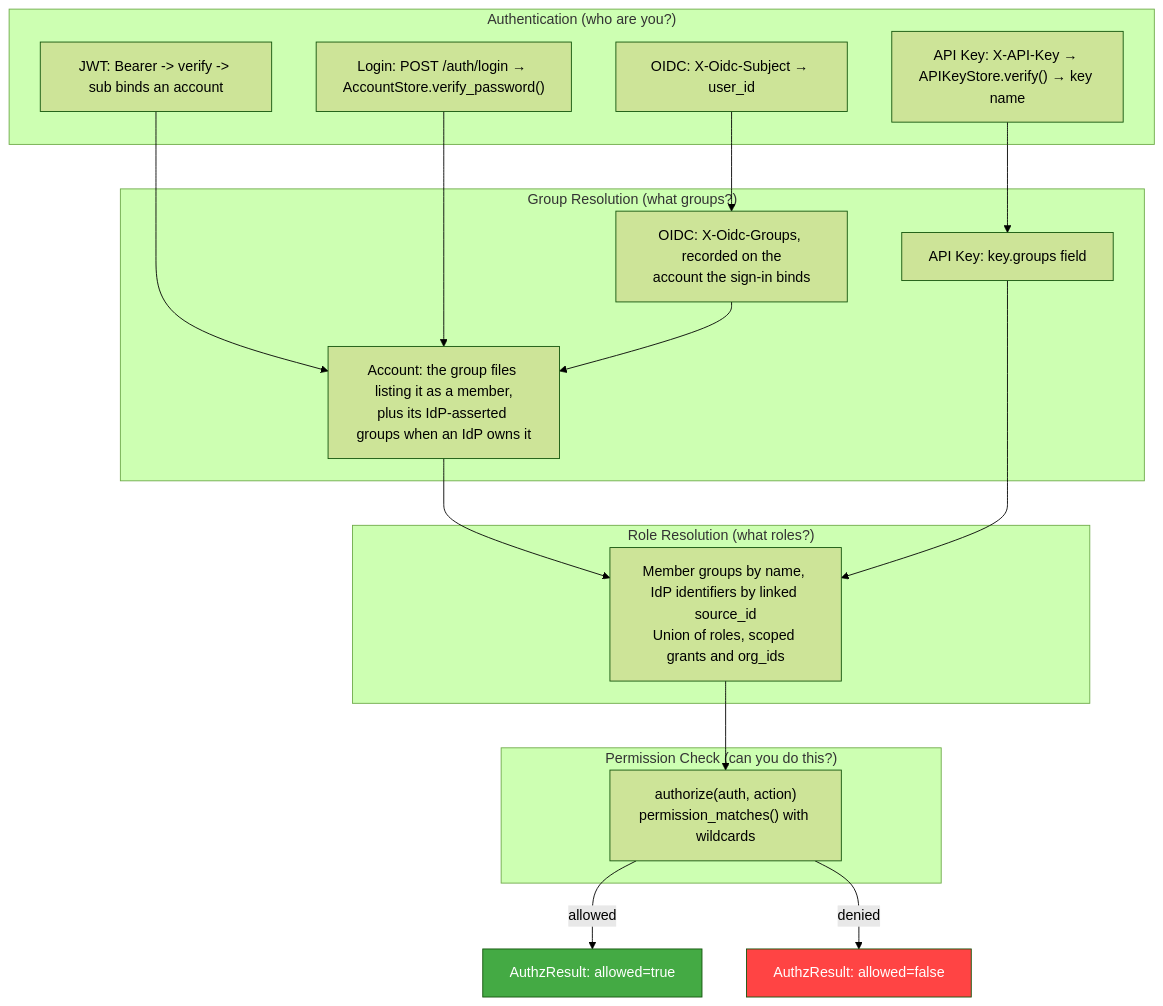
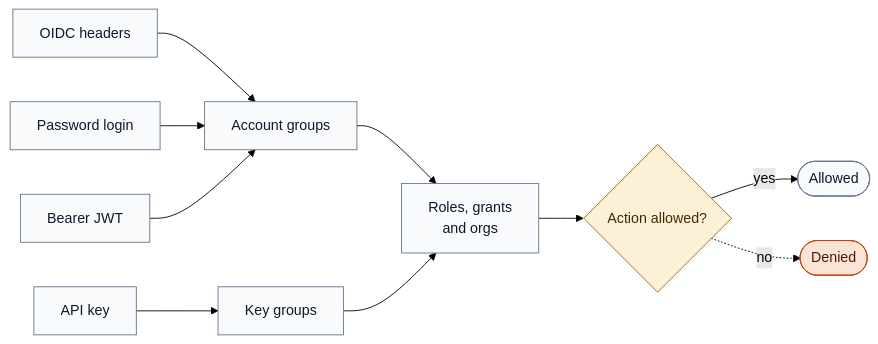
The diagram in docs/control-plane/rbac-sign-in.md (hyperi-io/dfe-engine), drawn with Mermaid (forest theme) before and after one commit. The commit also changed other lines of this file and 71 other files, not shown here.

First line of the commit message:
docs(engine): fix 159 claims and redraw every diagram

````diff
--- a/docs/control-plane/rbac-sign-in.md
+++ b/docs/control-plane/rbac-sign-in.md
@@ -7,40 +9,36 @@
 ```mermaid
-flowchart TD
-    subgraph "Authentication (who are you?)"
-        OIDC_AUTH["OIDC: X-Oidc-Subject → user_id"]
-        KEY_AUTH["API Key: X-API-Key → APIKeyStore.verify() → key name"]
-        JWT_AUTH["JWT: Bearer -> verify -> sub binds an account"]
-        LOCAL_AUTH["Login: POST /auth/login → AccountStore.verify_password()"]
-    end
+flowchart LR
+    accTitle: L4 Detail -- Identity resolution chain
+    accDescr: OIDC headers, a password login and a bearer JWT each bind an account, and the account's groups resolve. An API key resolves the groups the key lists. The groups give the roles, grants and orgs, and the authorisation check allows or denies the action.
 
-    subgraph "Group Resolution (what groups?)"
-        OIDC_GRP["OIDC: X-Oidc-Groups, recorded on the<br/>account the sign-in binds"]
-        ACCT_GRP["Account: the group files listing it as a member,<br/>plus its IdP-asserted groups when an IdP owns it"]
-        KEY_GRP["API Key: key.groups field"]
-    end
+    hdr["OIDC headers"]
+    login["Password login"]
+    jwt["Bearer JWT"]
+    key["API key"]
 
-    subgraph "Role Resolution (what roles?)"
-        ROLE_RES["Member groups by name, IdP identifiers by linked source_id<br/>Union of roles, scoped grants and org_ids"]
-    end
+    acct["Account groups"]
+    keyg["Key groups"]
 
-    subgraph "Permission Check (can you do this?)"
-        PERM["authorize(auth, action)<br/>permission_matches() with wildcards"]
-    end
+    res["Roles, grants<br/>and orgs"]
 
-    OIDC_AUTH --> OIDC_GRP
-    KEY_AUTH --> KEY_GRP
-    JWT_AUTH --> ACCT_GRP
-    LOCAL_AUTH --> ACCT_GRP
+    authz{"Action allowed?"}
 
-    OIDC_GRP --> ACCT_GRP
-    ACCT_GRP --> ROLE_RES
-    KEY_GRP --> ROLE_RES
+    allow(["Allowed"])
+    deny(["Denied"])
 
-    ROLE_RES --> PERM
+    hdr --> acct
+    login --> acct
+    jwt --> acct
+    key --> keyg
+    acct --> res
+    keyg --> res
+    res --> authz
+    authz -->|yes| allow
+    authz -.->|no| deny
 
-    PERM -->|allowed| ALLOW[AuthzResult: allowed=true]
-    PERM -->|denied| DENY[AuthzResult: allowed=false]
-
-    style ALLOW fill:#4a4,color:#fff
-    style DENY fill:#f44,color:#fff
+    classDef default fill:#F8FAFC,stroke:#64748B,stroke-width:1px,color:#0F172A
+    classDef decision fill:#FCF1D6,stroke:#9A6700,stroke-width:1px,color:#3D2A00
+    classDef error fill:#FBE3D6,stroke:#C2410C,stroke-width:1px,color:#4A1A05
+    class authz decision
+    class deny error
 ```
````
